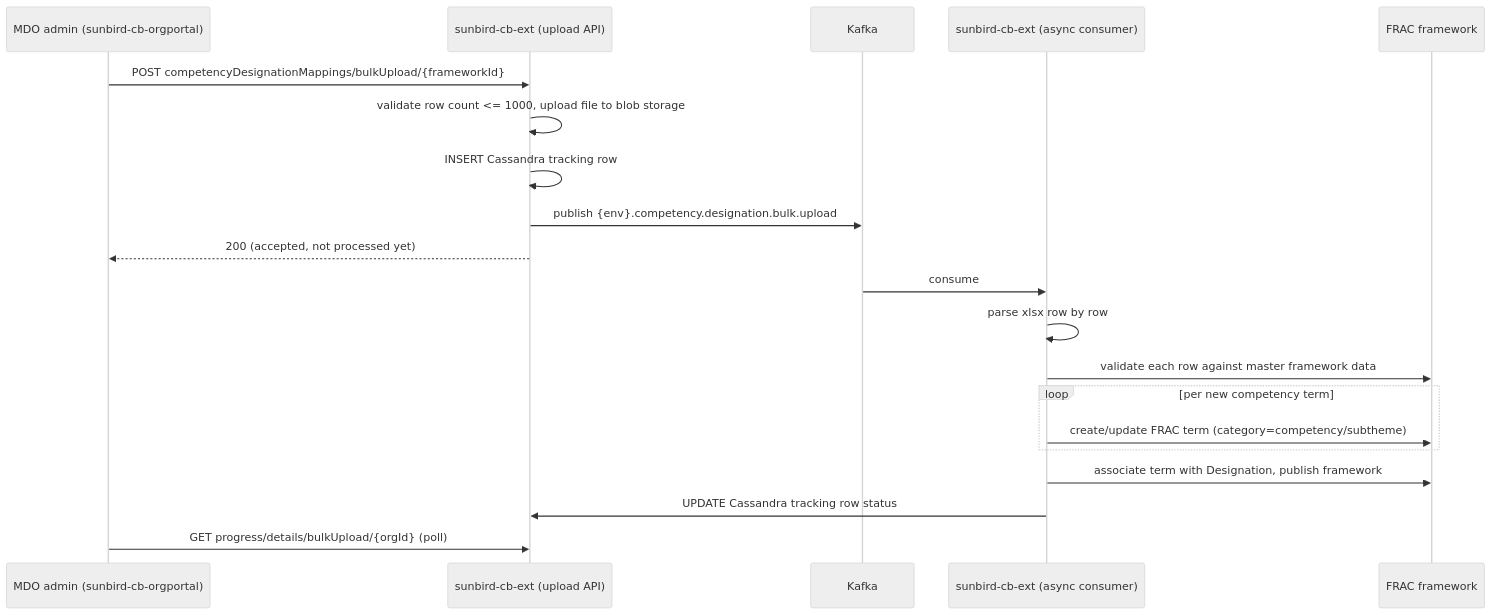
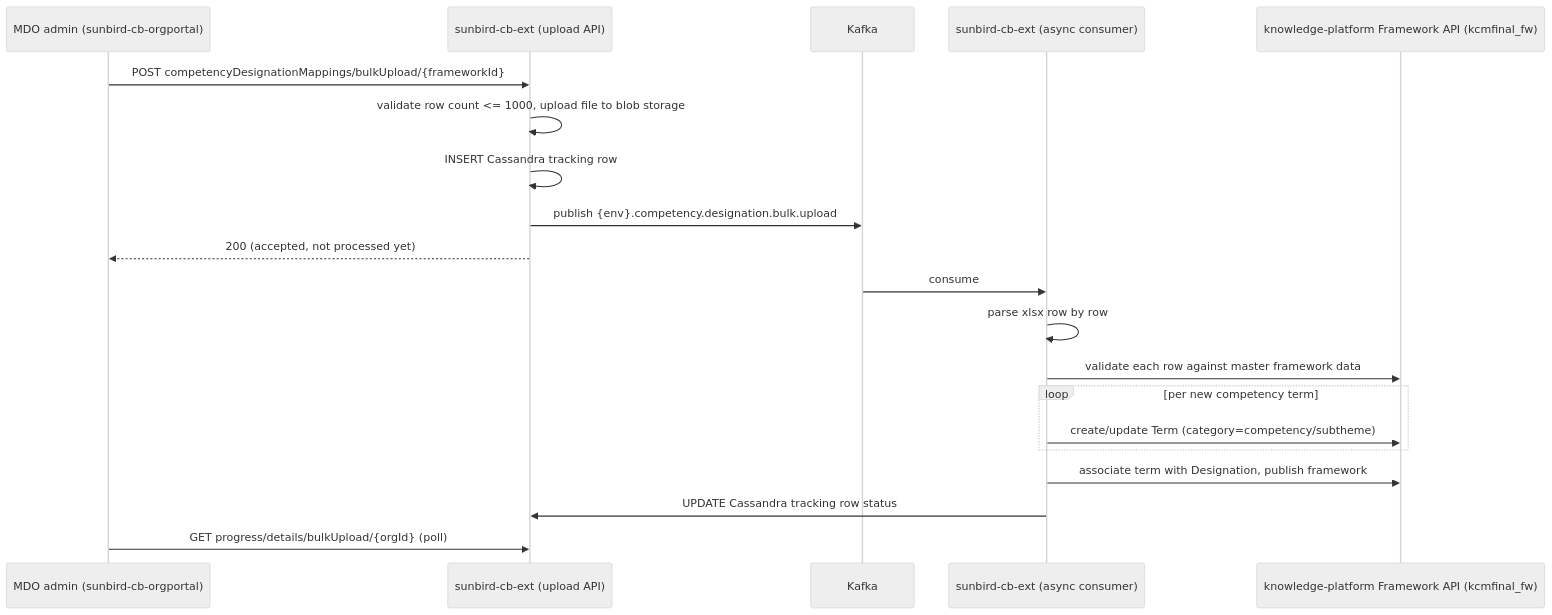
One commit to KB-iGOT/igot-docs changed the second of 6 diagrams in docs/competency-hub/lld.md. Above: the diagram before and after it, drawn with Mermaid (neutral theme). The commit also changed other lines of this file and 8 other files, not shown here.

````diff
--- a/docs/competency-hub/lld.md
+++ b/docs/competency-hub/lld.md
@@ -117,23 +217,23 @@
 ```mermaid
 sequenceDiagram
     participant Admin as MDO admin (sunbird-cb-orgportal)
     participant Ext as sunbird-cb-ext (upload API)
     participant Kafka as Kafka
     participant Worker as sunbird-cb-ext (async consumer)
-    participant Frac as FRAC framework
+    participant KM as knowledge-platform Framework API (kcmfinal_fw)
 
     Admin->>Ext: POST competencyDesignationMappings/bulkUpload/{frameworkId}
     Ext->>Ext: validate row count <= 1000, upload file to blob storage
     Ext->>Ext: INSERT Cassandra tracking row
     Ext->>Kafka: publish {env}.competency.designation.bulk.upload
     Ext-->>Admin: 200 (accepted, not processed yet)
     Kafka->>Worker: consume
     Worker->>Worker: parse xlsx row by row
-    Worker->>Frac: validate each row against master framework data
+    Worker->>KM: validate each row against master framework data
     loop per new competency term
-        Worker->>Frac: create/update FRAC term (category=competency/subtheme)
+        Worker->>KM: create/update Term (category=competency/subtheme)
     end
-    Worker->>Frac: associate term with Designation, publish framework
+    Worker->>KM: associate term with Designation, publish framework
     Worker->>Ext: UPDATE Cassandra tracking row status
     Admin->>Ext: GET progress/details/bulkUpload/{orgId} (poll)
 ```
````
